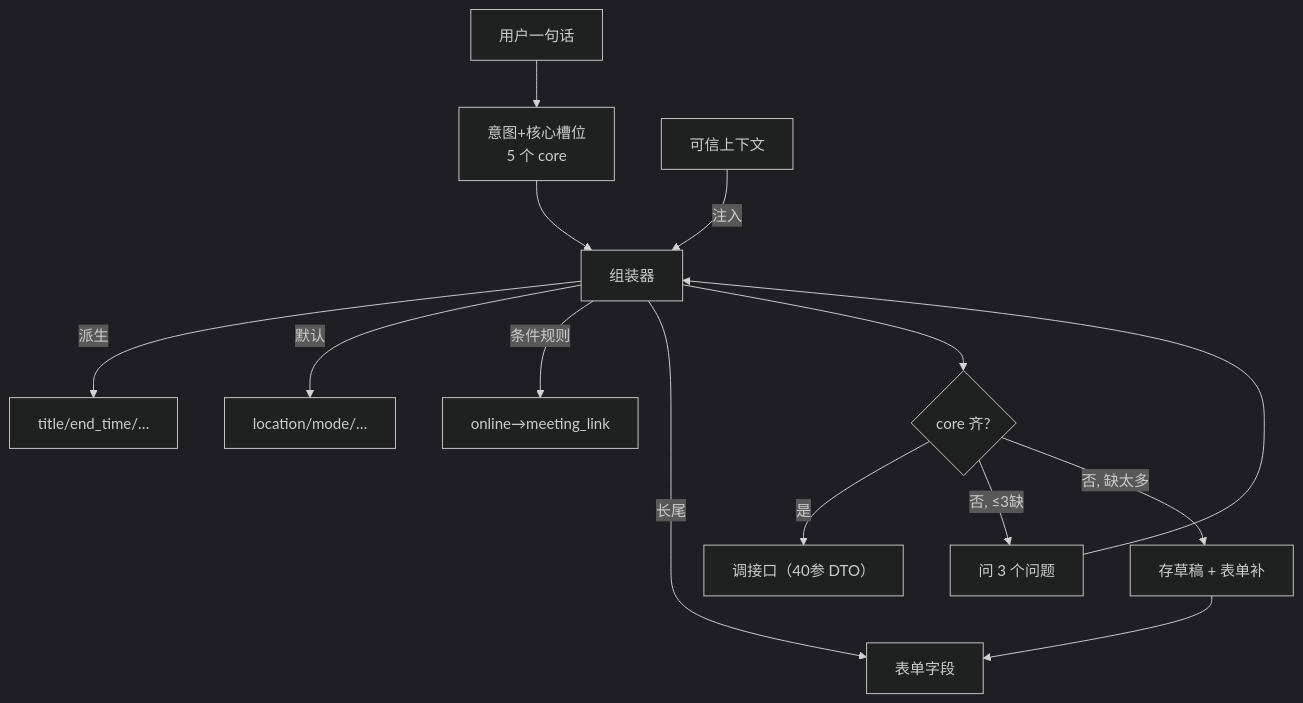
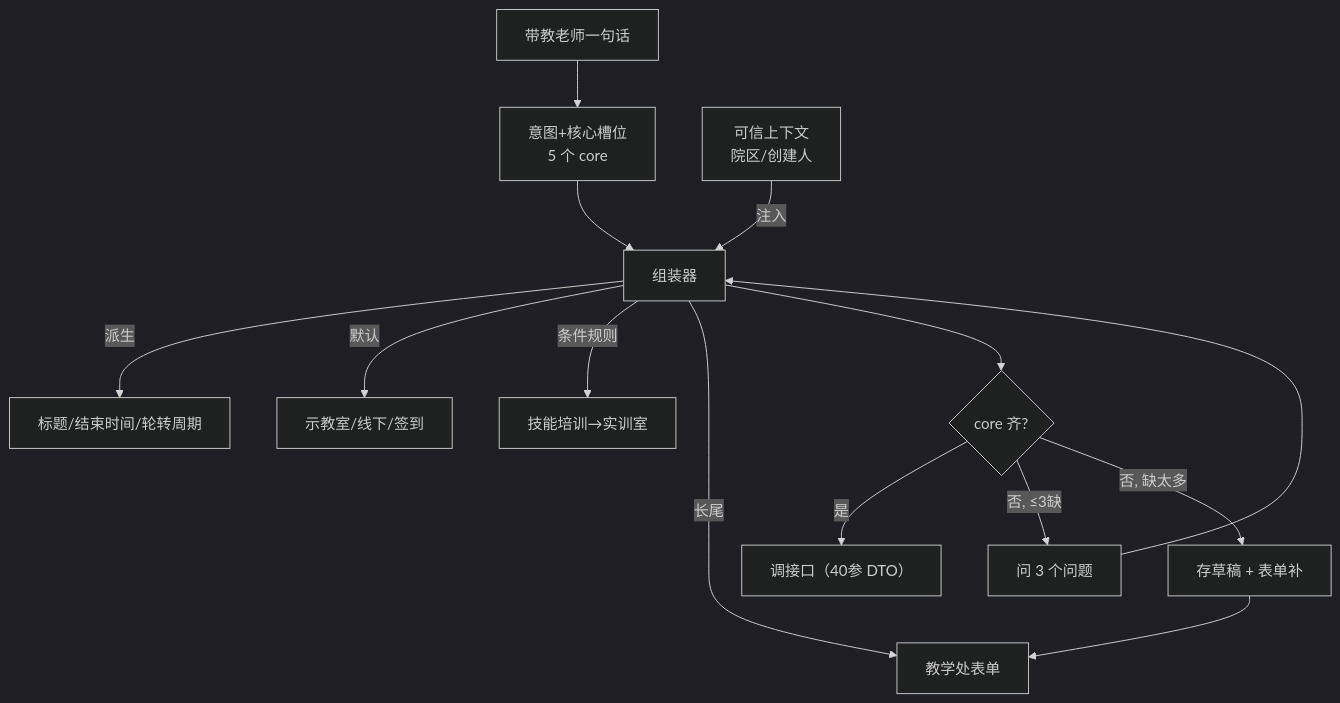
Before and after one commit to jsjchai/agent-lab: the diagram in docs/02-prompt-context/02-api-param-strategy.md, drawn with Mermaid (dark theme). The commit also changed other lines of this file and 5 other files, not shown here.

First line of the commit message:
refactor(02): 意图识别与40参案例改为医教领域

````diff
--- a/docs/02-prompt-context/02-api-param-strategy.md
+++ b/docs/02-prompt-context/02-api-param-strategy.md
@@ -63,16 +61,16 @@
 ```mermaid
 flowchart TB
-    U["用户一句话"] --> I["意图+核心槽位<br/>5 个 core"]
+    U["带教老师一句话"] --> I["意图+核心槽位<br/>5 个 core"]
     I --> A["组装器"]
-    Ctx["可信上下文"] -->|注入| A
-    A -->|派生| D["title/end_time/…"]
-    A -->|默认| DF["location/mode/…"]
-    A -->|条件规则| CD["online→meeting_link"]
-    A -->|长尾| FM["表单字段"]
+    Ctx["可信上下文<br/>院区/创建人"] -->|注入| A
+    A -->|派生| D["标题/结束时间/轮转周期"]
+    A -->|默认| DF["示教室/线下/签到"]
+    A -->|条件规则| CD["技能培训→实训室"]
+    A -->|长尾| FM["教学处表单"]
     A --> V{"core 齐?"}
     V -->|是| API["调接口（40参 DTO）"]
     V -->|否, ≤3缺| Q["问 3 个问题"]
     V -->|否, 缺太多| DR["存草稿 + 表单补"]
     Q --> A
     DR --> FM
 ```
````
